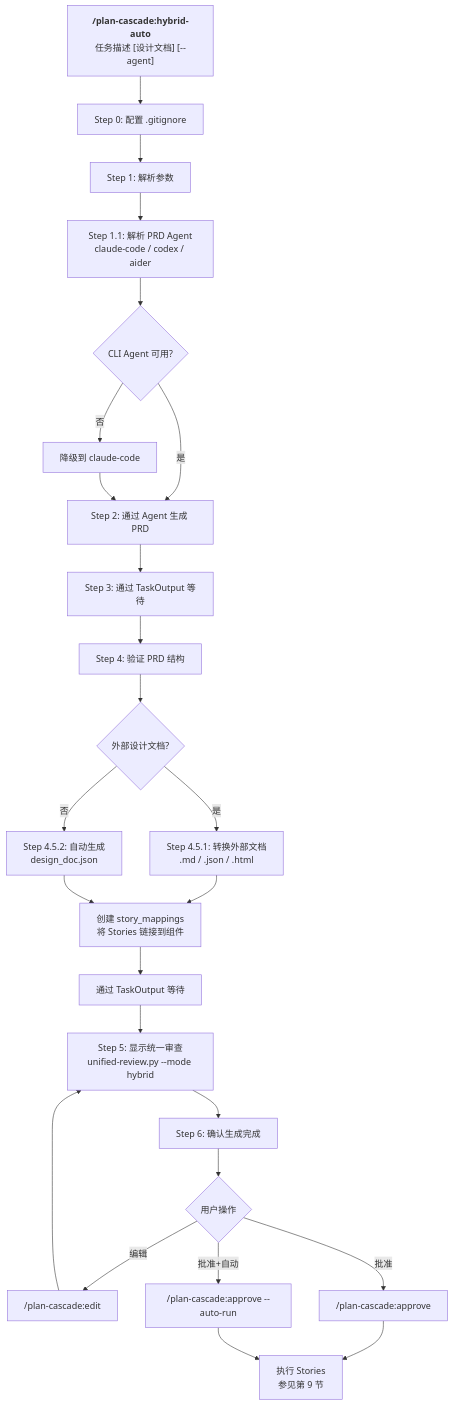
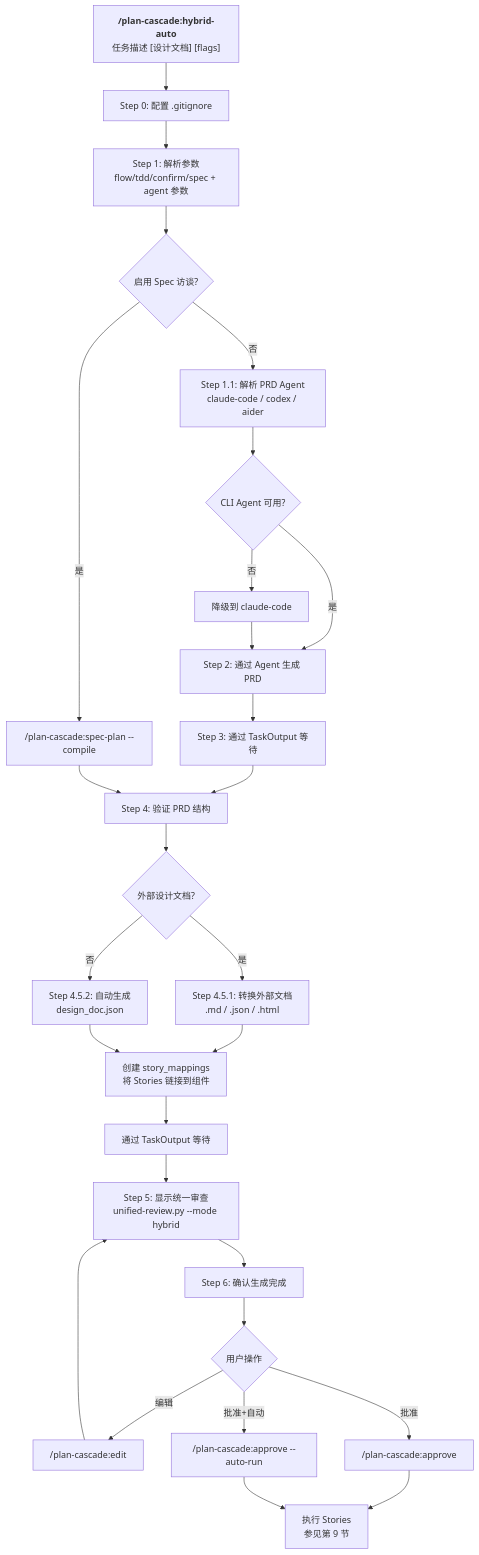
Diagram 12 of 19 in docs/System-Architecture_zh.md (Taoidle/plan-cascade), drawn with Mermaid before and after one commit. The commit also changed other lines of this file and 47 other files, not shown here.

````diff
--- a/docs/System-Architecture_zh.md
+++ b/docs/System-Architecture_zh.md
@@ -795,36 +874,39 @@
 ```mermaid
 flowchart TD
-    A["<b>/plan-cascade:hybrid-auto</b><br/>任务描述 [设计文档] [--agent]"] --> A0[Step 0: 配置 .gitignore]
-    A0 --> B[Step 1: 解析参数]
-    B --> C[Step 1.1: 解析 PRD Agent<br/>claude-code / codex / aider]
+    A["<b>/plan-cascade:hybrid-auto</b><br/>任务描述 [设计文档] [flags]"] --> A0[Step 0: 配置 .gitignore]
+    A0 --> B[Step 1: 解析参数<br/>flow/tdd/confirm/spec + agent 参数]
+    B --> SPEC_ON{启用 Spec 访谈?}
+    SPEC_ON -->|是| SPEC_RUN["/plan-cascade:spec-plan --compile"]
+    SPEC_ON -->|否| C[Step 1.1: 解析 PRD Agent<br/>claude-code / codex / aider]
 
     C --> D{CLI Agent 可用?}
     D -->|否| D1[降级到 claude-code]
     D -->|是| E
     D1 --> E
 
     E[Step 2: 通过 Agent 生成 PRD]
     E --> F[Step 3: 通过 TaskOutput 等待]
     F --> G[Step 4: 验证 PRD 结构]
+    SPEC_RUN --> G
 
     G --> H{外部设计文档?}
     H -->|是| I[Step 4.5.1: 转换外部文档<br/>.md / .json / .html]
     H -->|否| J[Step 4.5.2: 自动生成<br/>design_doc.json]
     I --> K
     J --> K
 
     K[创建 story_mappings<br/>将 Stories 链接到组件]
     K --> L[通过 TaskOutput 等待]
     L --> M[Step 5: 显示统一审查<br/>unified-review.py --mode hybrid]
 
     M --> N[Step 6: 确认生成完成]
     N --> O{用户操作}
 
     O -->|编辑| P["/plan-cascade:edit"]
     P --> M
     O -->|批准| Q["/plan-cascade:approve"]
     O -->|"批准+自动"| R["/plan-cascade:approve --auto-run"]
 
     Q --> EXEC[执行 Stories<br/>参见第 9 节]
     R --> EXEC
 ```
````
